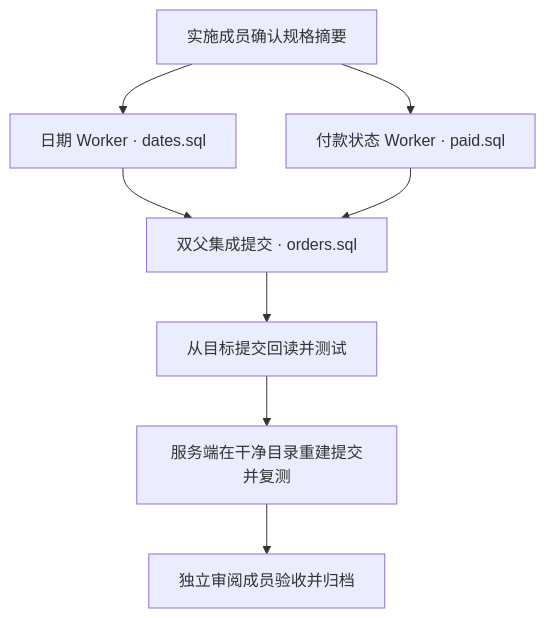
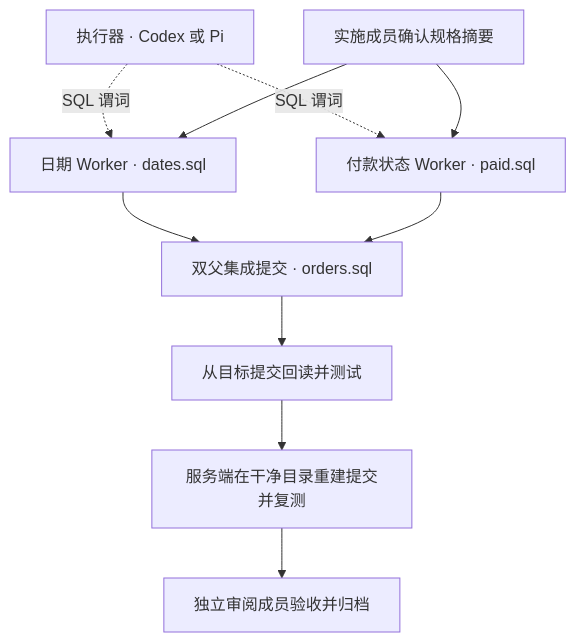
The first of 3 diagrams in README.md (destinyTaoTao/specmill), drawn with Mermaid before and after one commit. The commit also changed other lines of this file and 17 other files, not shown here.

````diff
--- a/README.md
+++ b/README.md
@@ -73,10 +82,12 @@
 ```mermaid
 flowchart TD
+    E["执行器 · Codex 或 Pi"] -. SQL 谓词 .-> D
+    E -. SQL 谓词 .-> P
     S["实施成员确认规格摘要"] --> D["日期 Worker · dates.sql"]
     S --> P["付款状态 Worker · paid.sql"]
     D --> I["双父集成提交 · orders.sql"]
     P --> I
     I --> V["从目标提交回读并测试"]
     V --> R["服务端在干净目录重建提交并复测"]
     R --> A["独立审阅成员验收并归档"]
 ```
````
